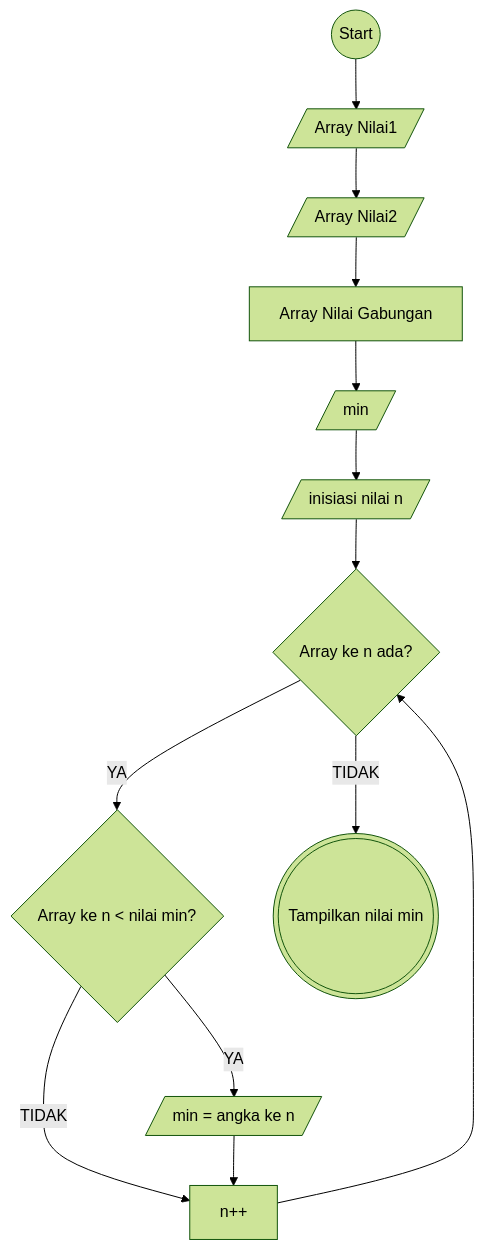
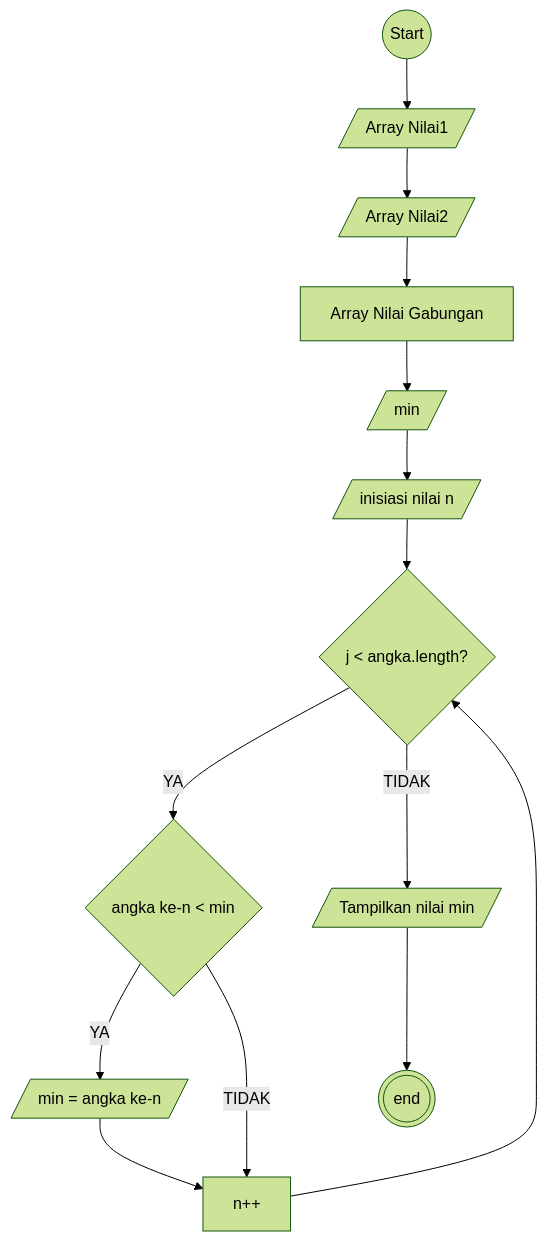
One commit to mfchrzlmzakky/koda-b1-javascript2 changed the second of 3 diagrams in koda-b1-javascript2-minitask1.md. Above: the diagram before and after it, drawn with Mermaid (forest theme). The commit also changed other lines of this file and 1 other file, not shown here.

Commit message:
refactor: update array initialization and improve flowchart syntax in documentation

````diff
--- a/koda-b1-javascript2-minitask1.md
+++ b/koda-b1-javascript2-minitask1.md
@@ -28,24 +31,25 @@
 ```mermaid
 flowchart TB
 start((Start))
 input1[/Array Nilai1/]
 input11[/Array Nilai2/]
 input4[/min/]
 input7[/inisiasi nilai n/]
-input8[/min = angka ke n/]
+input8[/min = angka ke-n/]
 proses1[n++]
 proses112[Array Nilai Gabungan]
-check1{Array ke n ada?}
-check2{Array ke n < nilai min?}
-output1(((Tampilkan nilai min)))
+check1{j < angka.length?}
+check2{angka ke-n < min}
+output1[/Tampilkan nilai min/]
+selesai(((end)))
 start -->input1-->input11-->proses112
 proses112-->input4
 input4 --> input7
 input7 --> check1
 check1 -- YA --> check2
 check2 -- YA --> input8
 check2 -- TIDAK --> proses1
 input8 --> proses1
 proses1 --> check1
-check1 -- TIDAK --> output1
+check1 -- TIDAK --> output1 --> selesai
 ```
````
